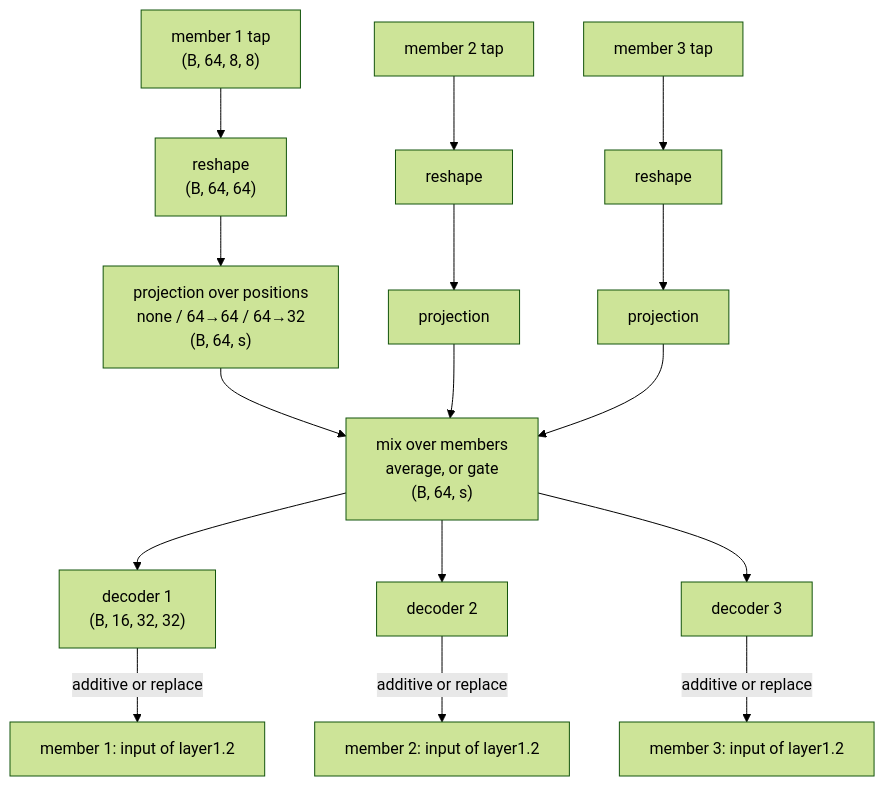
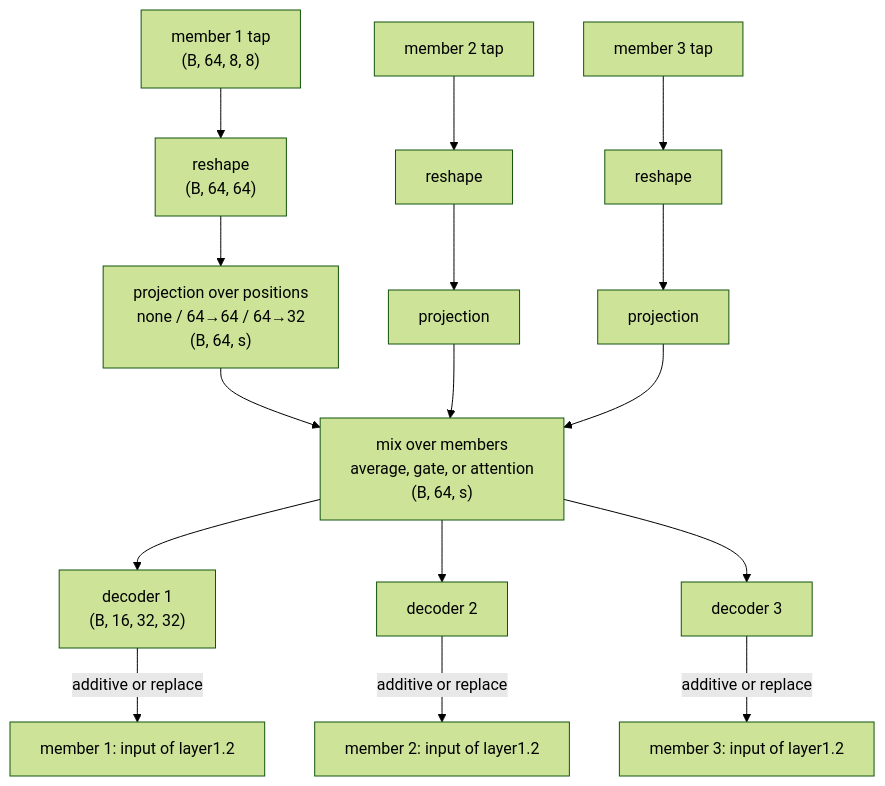
One commit to ratcht/talkative-networks changed the diagram in experiments/05_minimal_exchange/README.md. Above: the diagram before and after it, drawn with Mermaid (forest theme). The commit also changed other lines of this file, not shown here.

Commit message:
minimal_exchange: attention arms

````diff
--- a/experiments/05_minimal_exchange/README.md
+++ b/experiments/05_minimal_exchange/README.md
@@ -19,20 +19,20 @@
 ```mermaid
 flowchart TD
   T1["member 1 tap<br/>(B, 64, 8, 8)"] --> R1["reshape<br/>(B, 64, 64)"]
   T2["member 2 tap"] --> R2["reshape"]
   T3["member 3 tap"] --> R3["reshape"]
 
   R1 --> P1["projection over positions<br/>none / 64→64 / 64→32<br/>(B, 64, s)"]
   R2 --> P2["projection"]
   R3 --> P3["projection"]
 
-  P1 & P2 & P3 --> MIX["mix over members<br/>average, or gate<br/>(B, 64, s)"]
+  P1 & P2 & P3 --> MIX["mix over members<br/>average, gate, or attention<br/>(B, 64, s)"]
 
   MIX --> D1["decoder 1<br/>(B, 16, 32, 32)"]
   MIX --> D2["decoder 2"]
   MIX --> D3["decoder 3"]
 
   D1 -->|additive or replace| W1["member 1: input of layer1.2"]
   D2 -->|additive or replace| W2["member 2: input of layer1.2"]
   D3 -->|additive or replace| W3["member 3: input of layer1.2"]
 ```
````
